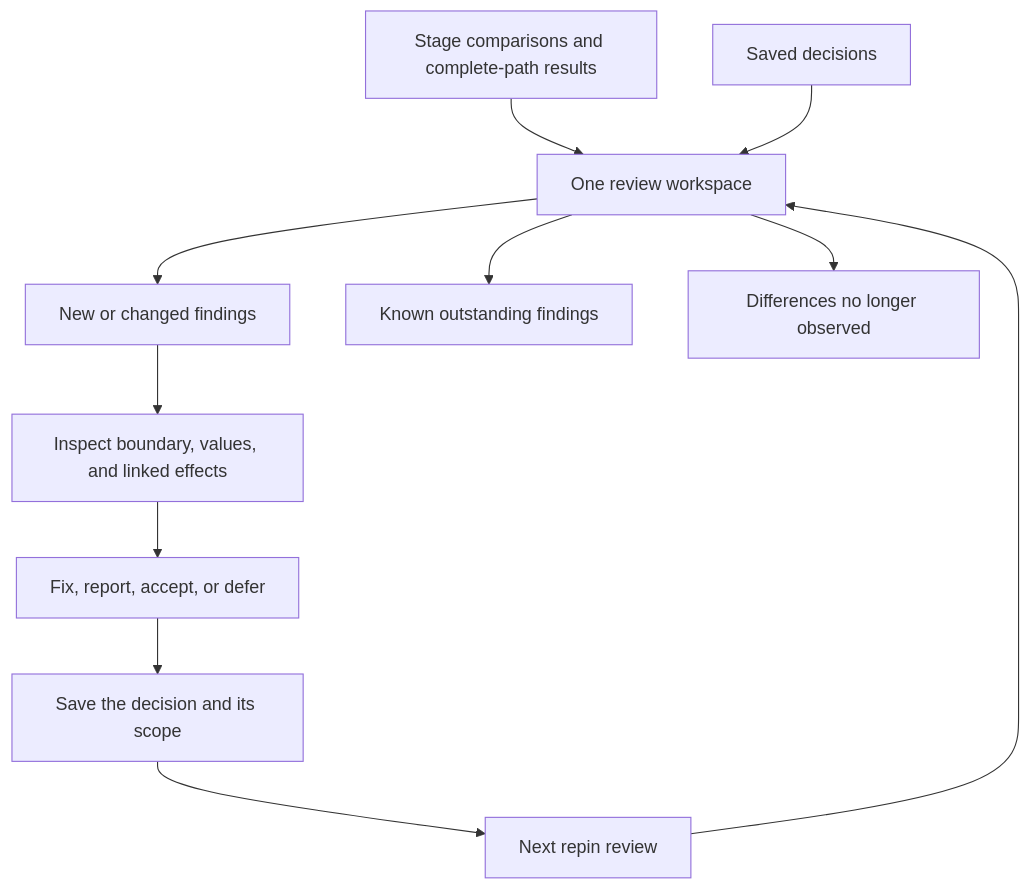
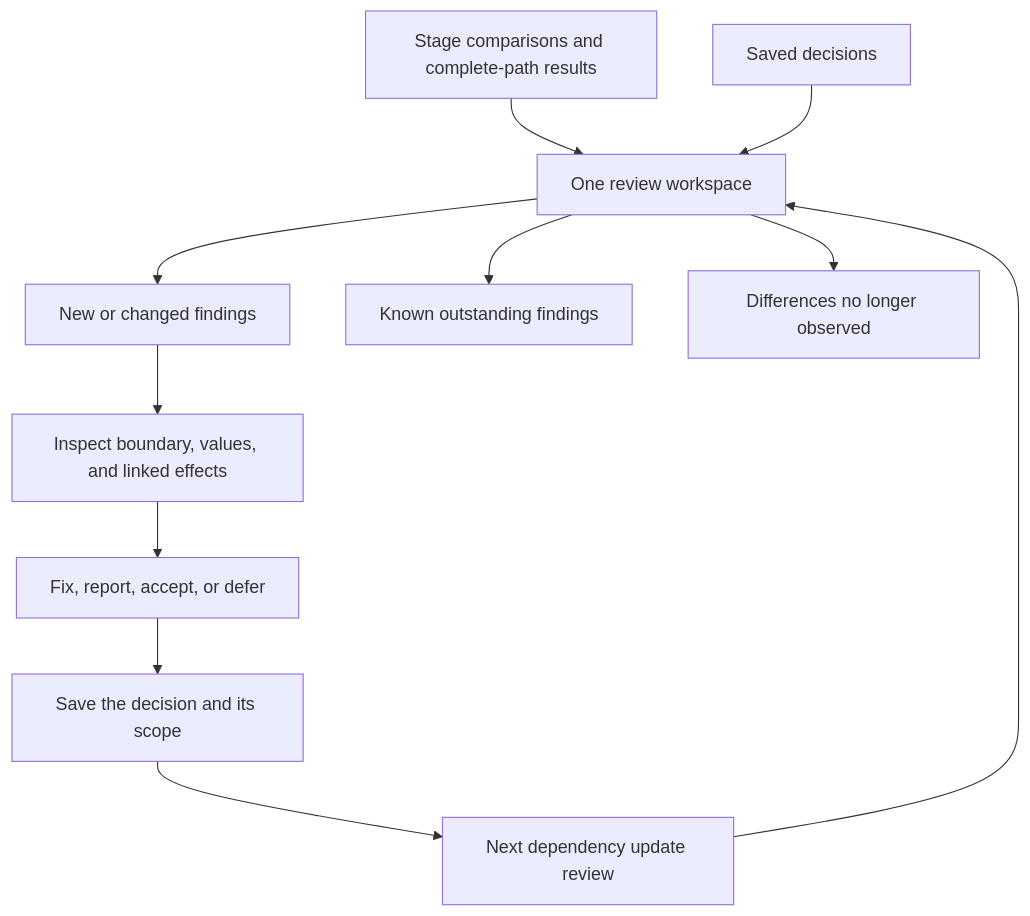
Before and after one commit to ORINOCO-Lite/orinoco-lite-dev: the third of 3 diagrams in packages/diff-review-application/README.md, drawn with Mermaid. The commit also changed other lines of this file and 1 other file, not shown here.

First line of the commit message:
docs: clarify comparison and review terminology

````diff
--- a/packages/diff-review-application/README.md
+++ b/packages/diff-review-application/README.md
@@ -52,13 +52,13 @@
 ```mermaid
 flowchart TD
   results[Stage comparisons and complete-path results] --> review[One review workspace]
   previous[Saved decisions] --> review
   review --> new[New or changed findings]
   review --> outstanding[Known outstanding findings]
   review --> retirement[Differences no longer observed]
   new --> evidence[Inspect boundary, values, and linked effects]
   evidence --> decision[Fix, report, accept, or defer]
   decision --> saved[Save the decision and its scope]
-  saved --> next[Next repin review]
+  saved --> next[Next dependency update review]
   next --> review
 ```
````
